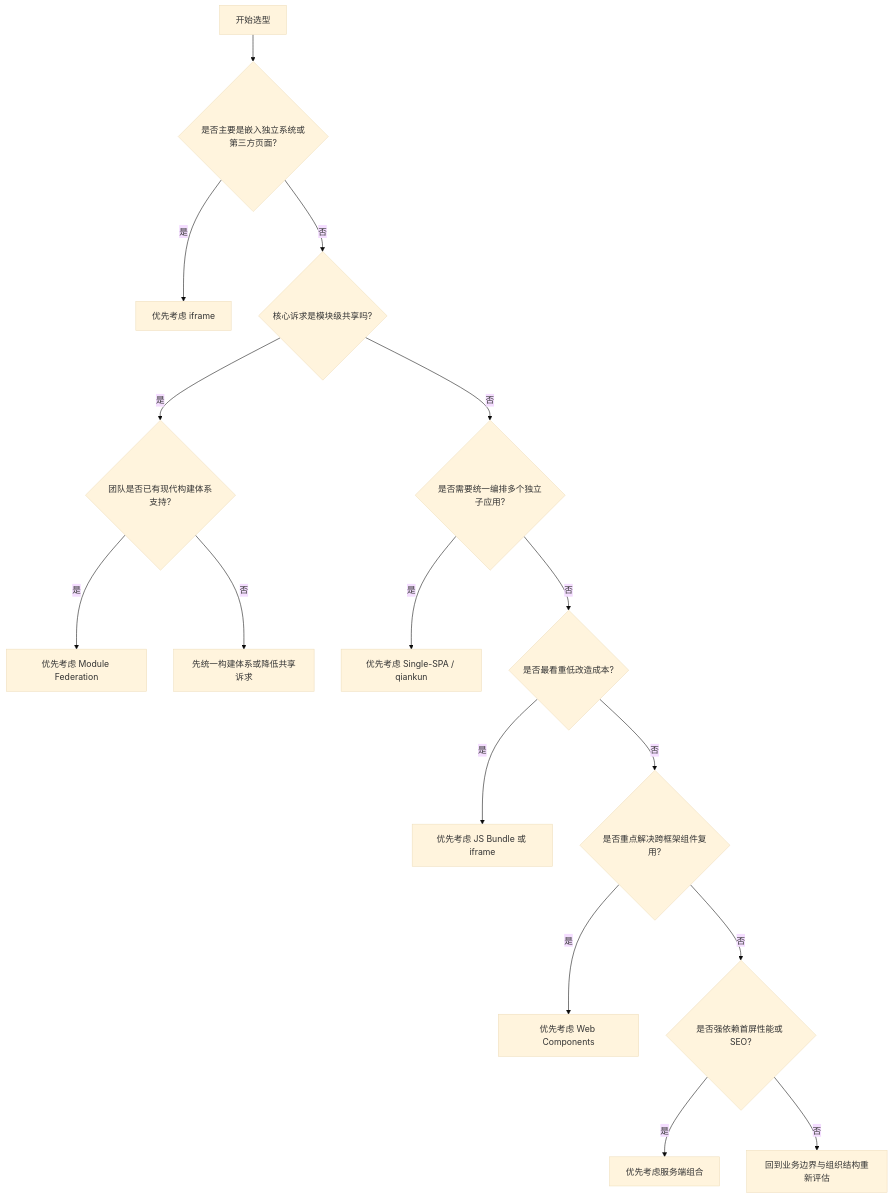
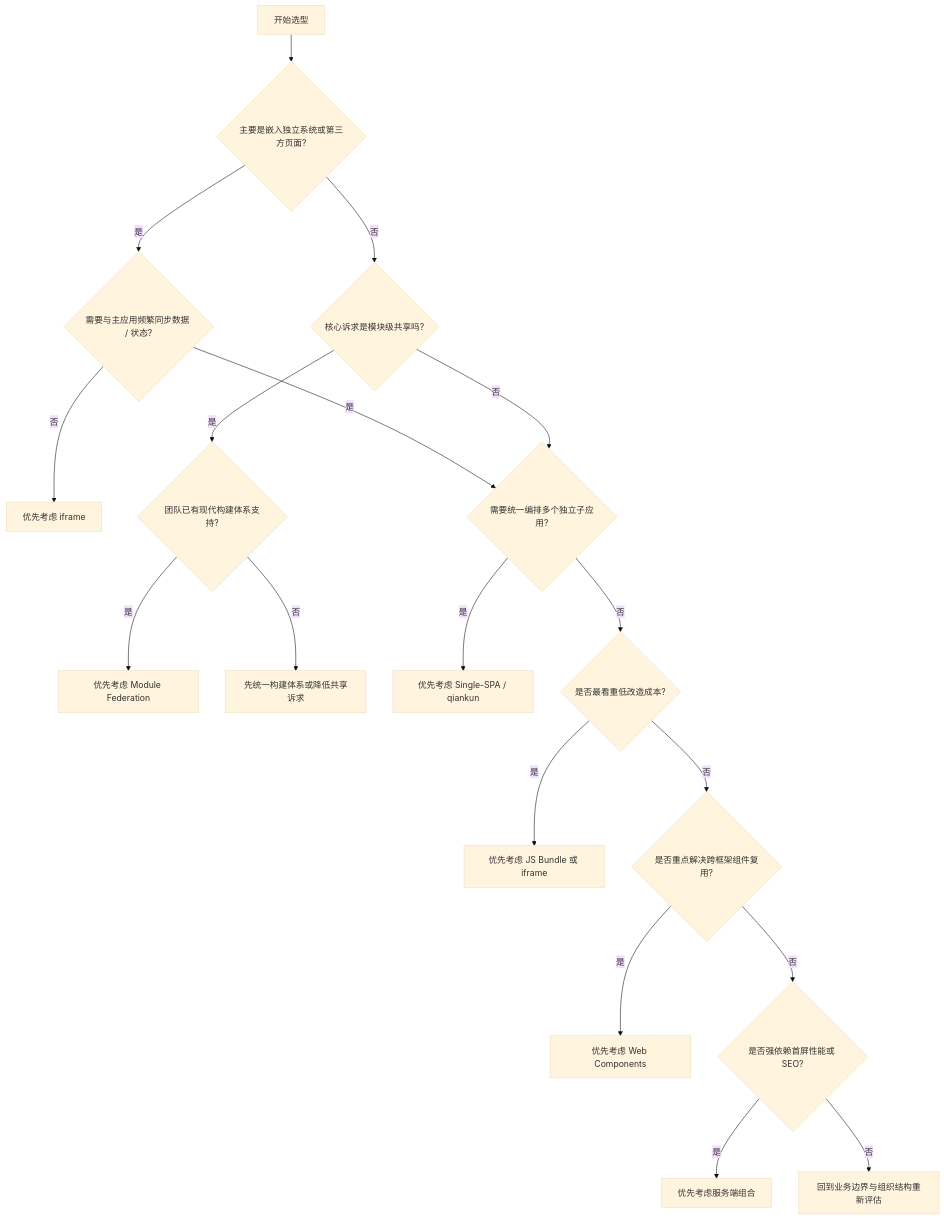
The third of 3 diagrams in articles/micro-frontend/03-solutions-comparison.md (qihb/frontend-architecture), drawn with Mermaid (base theme) before and after one commit. The commit also changed other lines of this file and 8 other files, not shown here.

````diff
--- a/articles/micro-frontend/03-solutions-comparison.md
+++ b/articles/micro-frontend/03-solutions-comparison.md
@@ -339,18 +368,20 @@
 ```mermaid
 flowchart TD
-    A[开始选型] --> B{是否主要是嵌入独立系统或第三方页面?}
-    B -- 是 --> C[优先考虑 iframe]
+    A[开始选型] --> B{主要是嵌入独立系统或第三方页面?}
+    B -- 是 --> Q{需要与主应用频繁同步数据 / 状态?}
+    Q -- 否 --> C[优先考虑 iframe]
+    Q -- 是 --> H{需要统一编排多个独立子应用?}
     B -- 否 --> D{核心诉求是模块级共享吗?}
-    D -- 是 --> E{团队是否已有现代构建体系支持?}
+    D -- 是 --> E{团队已有现代构建体系支持?}
     E -- 是 --> F[优先考虑 Module Federation]
     E -- 否 --> G[先统一构建体系或降低共享诉求]
-    D -- 否 --> H{是否需要统一编排多个独立子应用?}
+    D -- 否 --> H
     H -- 是 --> I[优先考虑 Single-SPA / qiankun]
     H -- 否 --> J{是否最看重低改造成本?}
     J -- 是 --> K[优先考虑 JS Bundle 或 iframe]
     J -- 否 --> L{是否重点解决跨框架组件复用?}
     L -- 是 --> M[优先考虑 Web Components]
     L -- 否 --> N{是否强依赖首屏性能或 SEO?}
     N -- 是 --> O[优先考虑服务端组合]
     N -- 否 --> P[回到业务边界与组织结构重新评估]
 ```
````
